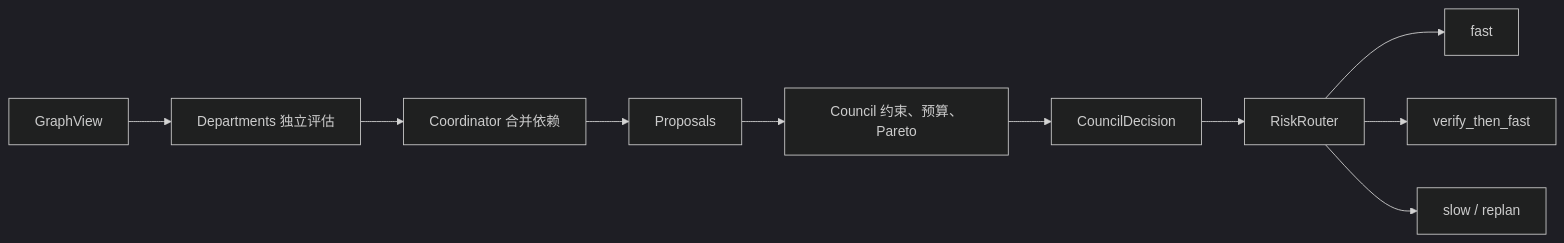
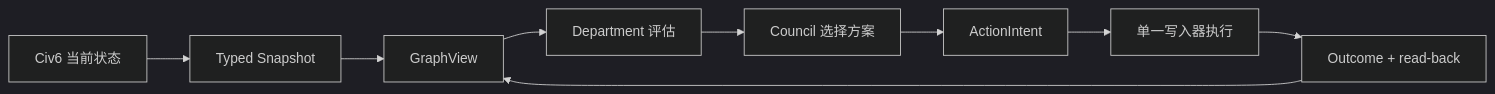
Before and after one commit to Harryleft/auto-civ6: the diagram in graph_plan/README.md, drawn with Mermaid (dark theme). The commit also changed other lines of this file, not shown here.

Commit message:
文档：重写图工程计划

````diff
--- a/graph_plan/README.md
+++ b/graph_plan/README.md
@@ -513,12 +27,11 @@
 ```mermaid
 flowchart LR
-    GV["GraphView"] --> DEPT["Departments 独立评估"]
-    DEPT --> COORD["Coordinator 合并依赖"]
-    COORD --> PROP["Proposals"]
-    PROP --> COUNCIL["Council 约束、预算、Pareto"]
-    COUNCIL --> DEC["CouncilDecision"]
-    DEC --> RISK["RiskRouter"]
-    RISK --> FAST["fast"]
-    RISK --> VERIFY["verify_then_fast"]
-    RISK --> SLOW["slow / replan"]
+    GAME["Civ6 当前状态"] --> SNAPSHOT["Typed Snapshot"]
+    SNAPSHOT --> GRAPH["GraphView"]
+    GRAPH --> DEPT["Department 评估"]
+    DEPT --> COUNCIL["Council 选择方案"]
+    COUNCIL --> INTENT["ActionIntent"]
+    INTENT --> ACTION["单一写入器执行"]
+    ACTION --> OUTCOME["Outcome + read-back"]
+    OUTCOME --> GRAPH
 ```
````
